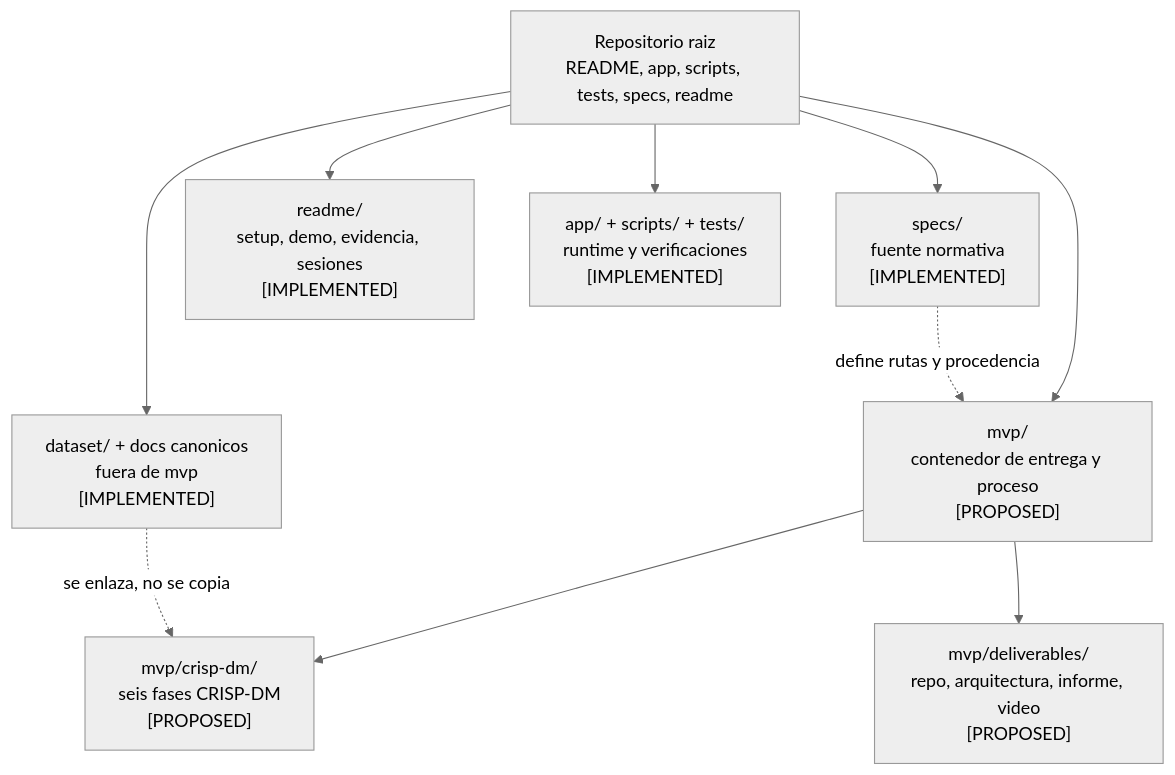
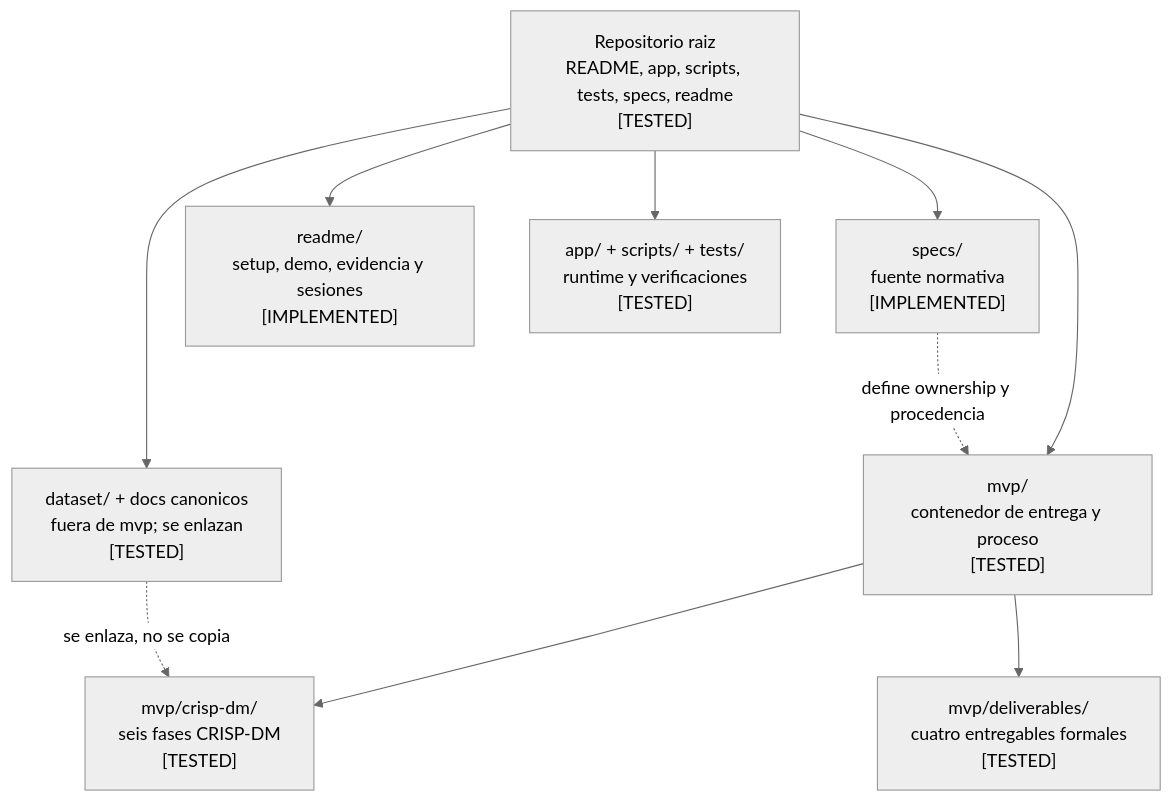
One commit to JhofredCam/TechSphereChallenge changed the first of 8 diagrams in specs/06_system_flow_diagram_specification.md. Above: the diagram before and after it, drawn with Mermaid (neutral theme). The commit also changed other lines of this file and 56 other files, not shown here.

Commit message:
feat(specs): implement remaining MVP specifications

````diff
--- a/specs/06_system_flow_diagram_specification.md
+++ b/specs/06_system_flow_diagram_specification.md
@@ -142,21 +111,21 @@
 ```mermaid
 flowchart TD
-    ROOT["Repositorio raiz<br/>README, app, scripts, tests, specs, readme"]
-    MVP["mvp/<br/>contenedor de entrega y proceso<br/>[PROPOSED]"]
-    CRISP["mvp/crisp-dm/<br/>seis fases CRISP-DM<br/>[PROPOSED]"]
-    DELIV["mvp/deliverables/<br/>repo, arquitectura, informe, video<br/>[PROPOSED]"]
+    ROOT["Repositorio raiz<br/>README, app, scripts, tests, specs, readme<br/>[TESTED]"]
+    MVP["mvp/<br/>contenedor de entrega y proceso<br/>[TESTED]"]
+    CRISP["mvp/crisp-dm/<br/>seis fases CRISP-DM<br/>[TESTED]"]
+    DELIV["mvp/deliverables/<br/>cuatro entregables formales<br/>[TESTED]"]
     SPEC["specs/<br/>fuente normativa<br/>[IMPLEMENTED]"]
-    OPS["readme/<br/>setup, demo, evidencia, sesiones<br/>[IMPLEMENTED]"]
-    CODE["app/ + scripts/ + tests/<br/>runtime y verificaciones<br/>[IMPLEMENTED]"]
-    CANON["dataset/ + docs canonicos<br/>fuera de mvp<br/>[IMPLEMENTED]"]
+    OPS["readme/<br/>setup, demo, evidencia y sesiones<br/>[IMPLEMENTED]"]
+    CODE["app/ + scripts/ + tests/<br/>runtime y verificaciones<br/>[TESTED]"]
+    CANON["dataset/ + docs canonicos<br/>fuera de mvp; se enlazan<br/>[TESTED]"]
 
     ROOT --> MVP
     MVP --> CRISP
     MVP --> DELIV
     ROOT --> SPEC
     ROOT --> OPS
     ROOT --> CODE
     ROOT --> CANON
-    SPEC -.->|"define rutas y procedencia"| MVP
+    SPEC -.->|"define ownership y procedencia"| MVP
     CANON -.->|"se enlaza, no se copia"| CRISP
 ```
````
